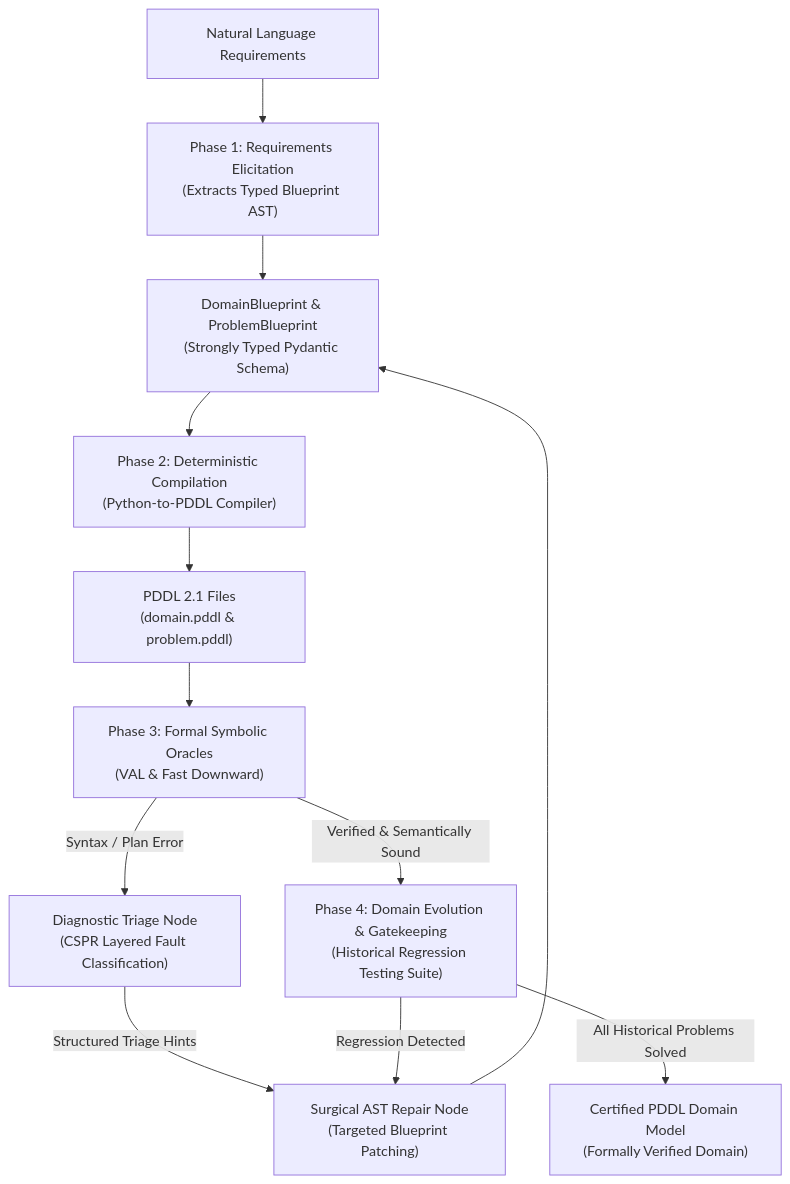
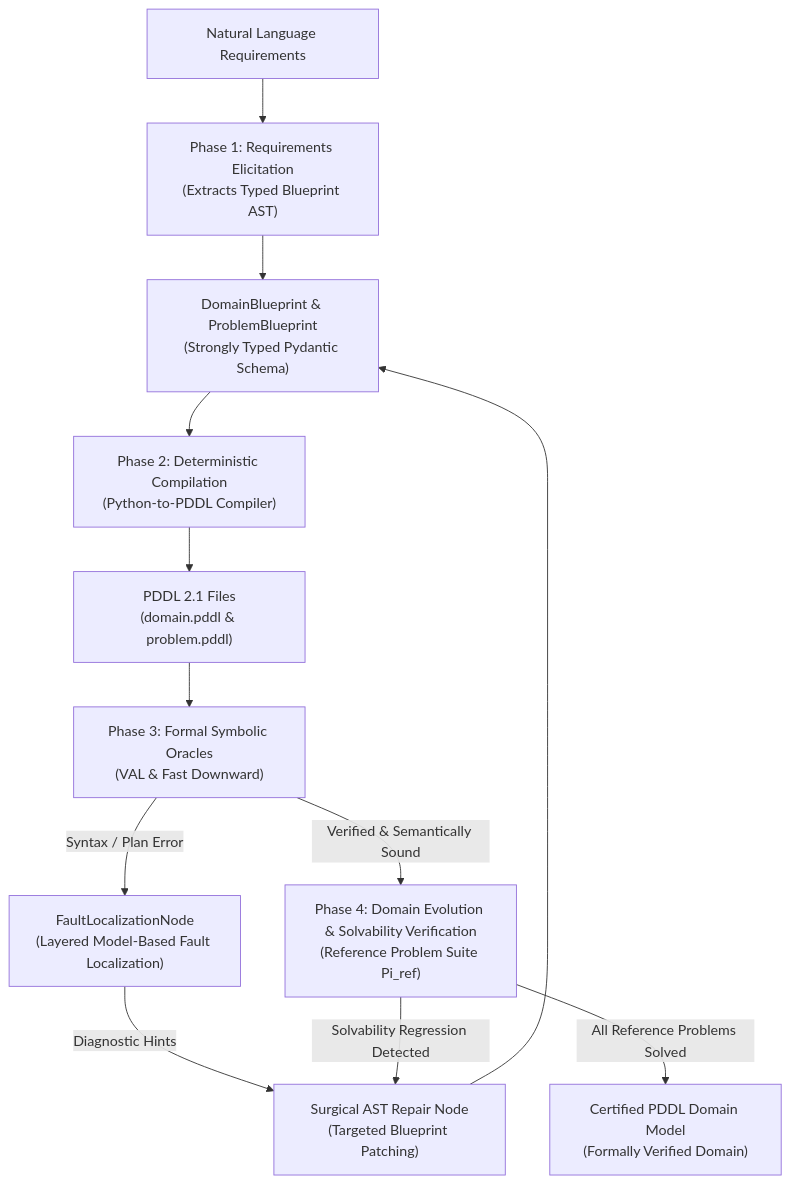
Before and after one commit to roshanmgupta/pddl-lifecycle-agent-domain-engineering: the first of 4 diagrams in readme.md, drawn with Mermaid. The commit also changed other lines of this file and 1703 other files, not shown here.

Commit message:
Extra tried repair code for all domain

````diff
--- a/readme.md
+++ b/readme.md
@@ -30,14 +30,14 @@
 ```mermaid
 flowchart TD
     Req["Natural Language Requirements"] --> Elicit["Phase 1: Requirements Elicitation\n(Extracts Typed Blueprint AST)"]
     Elicit --> Blueprint["DomainBlueprint & ProblemBlueprint\n(Strongly Typed Pydantic Schema)"]
     Blueprint --> Gen["Phase 2: Deterministic Compilation\n(Python-to-PDDL Compiler)"]
     Gen --> PDDL["PDDL 2.1 Files\n(domain.pddl & problem.pddl)"]
     PDDL --> Oracles["Phase 3: Formal Symbolic Oracles\n(VAL & Fast Downward)"]
-    Oracles -->|Syntax / Plan Error| Triage["Diagnostic Triage Node\n(CSPR Layered Fault Classification)"]
-    Triage -->|Structured Triage Hints| Repair["Surgical AST Repair Node\n(Targeted Blueprint Patching)"]
+    Oracles -->|Syntax / Plan Error| Triage["FaultLocalizationNode\n(Layered Model-Based Fault Localization)"]
+    Triage -->|Diagnostic Hints| Repair["Surgical AST Repair Node\n(Targeted Blueprint Patching)"]
     Repair --> Blueprint
-    Oracles -->|Verified & Semantically Sound| Maintenance["Phase 4: Domain Evolution & Gatekeeping\n(Historical Regression Testing Suite)"]
-    Maintenance -->|Regression Detected| Repair
-    Maintenance -->|All Historical Problems Solved| Certified["Certified PDDL Domain Model\n(Formally Verified Domain)"]
+    Oracles -->|Verified & Semantically Sound| Maintenance["Phase 4: Domain Evolution & Solvability Verification\n(Reference Problem Suite Pi_ref)"]
+    Maintenance -->|Solvability Regression Detected| Repair
+    Maintenance -->|All Reference Problems Solved| Certified["Certified PDDL Domain Model\n(Formally Verified Domain)"]
 ```
````
